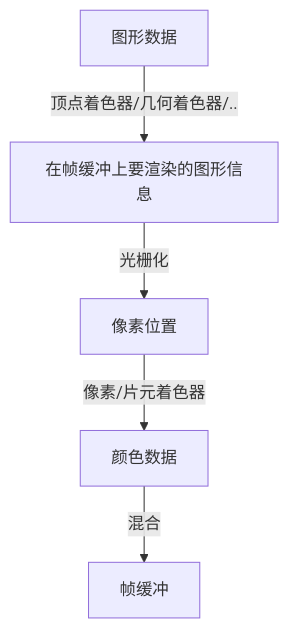
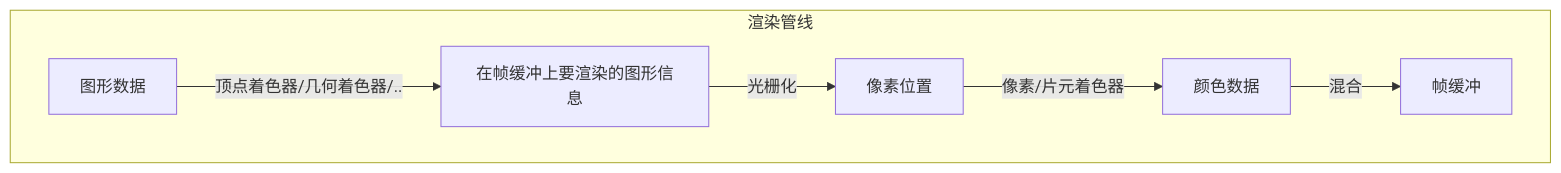
The fifth of 5 diagrams in src/wgpu/infra/graphics.md (switefaster/wgpu-tutor), drawn with Mermaid before and after one commit. The commit also changed other lines of this file and 3 other files, not shown here.

````diff
--- a/src/wgpu/infra/graphics.md
+++ b/src/wgpu/infra/graphics.md
@@ -126,4 +126,6 @@
 ```mermaid
 graph TB
+subgraph  渲染管线
 图形数据 -- 顶点着色器/几何着色器/.. --> 在帧缓冲上要渲染的图形信息 -- 光栅化 --> 像素位置 -- 像素/片元着色器 --> 颜色数据 -- 混合 --> 帧缓冲
+end
 ```
````
